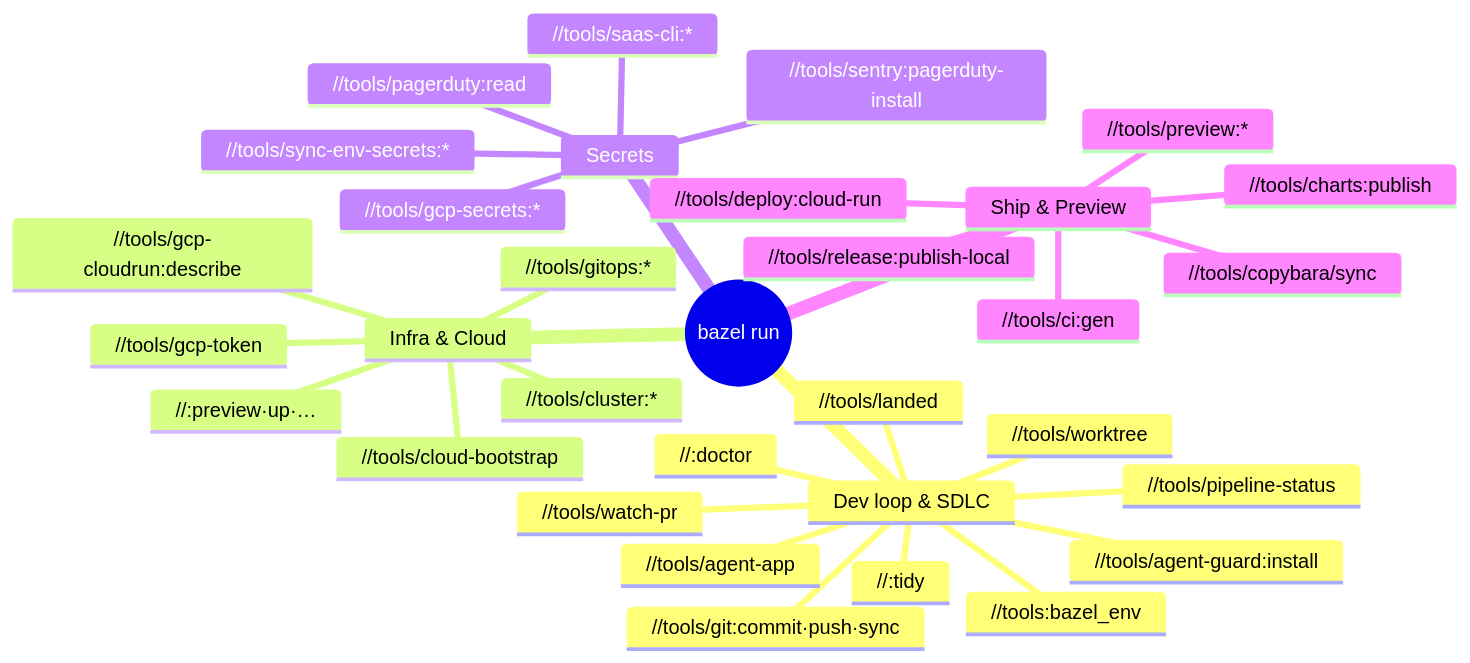
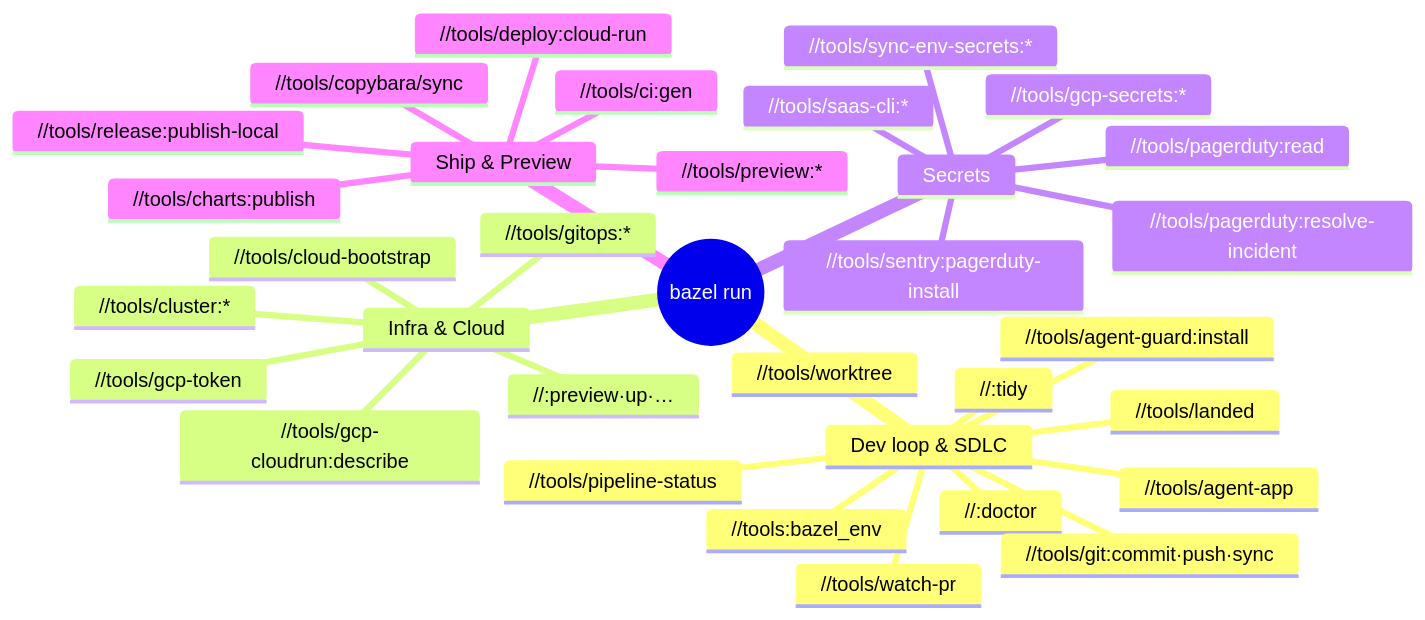
One commit to VitruvianSoftware/vitruvian-core changed the diagram in docs/reference/bazel-targets.md. Above: the diagram before and after it, drawn with Mermaid. The commit also changed other lines of this file and 4 other files, not shown here.

First line of the commit message:
feat(pagerduty): add a target to resolve one incident

````diff
--- a/docs/reference/bazel-targets.md
+++ b/docs/reference/bazel-targets.md
@@ -11,35 +11,36 @@
 ```mermaid
 mindmap
   root((bazel run))
     Dev loop & SDLC
       //:doctor
       //tools/worktree
       //tools/git:commit·push·sync
       //tools/agent-guard:install
       //tools/agent-app
       //tools/watch-pr
       //tools/landed
       //tools/pipeline-status
       //:tidy
       //tools:bazel_env
     Infra & Cloud
       //<pulumi project>:preview·up·…
       //tools/gcp-token
       //tools/gcp-cloudrun:describe
       //tools/cloud-bootstrap
       //tools/gitops:*
       //tools/cluster:*
     Secrets
       //tools/gcp-secrets:*
       //tools/sync-env-secrets:*
       //tools/saas-cli:*
       //tools/sentry:pagerduty-install
       //tools/pagerduty:read
+      //tools/pagerduty:resolve-incident
     Ship & Preview
       //tools/ci:gen
       //tools/deploy:cloud-run
       //tools/preview:*
       //tools/charts:publish
       //tools/release:publish-local
       //tools/copybara/sync
 ```
````
